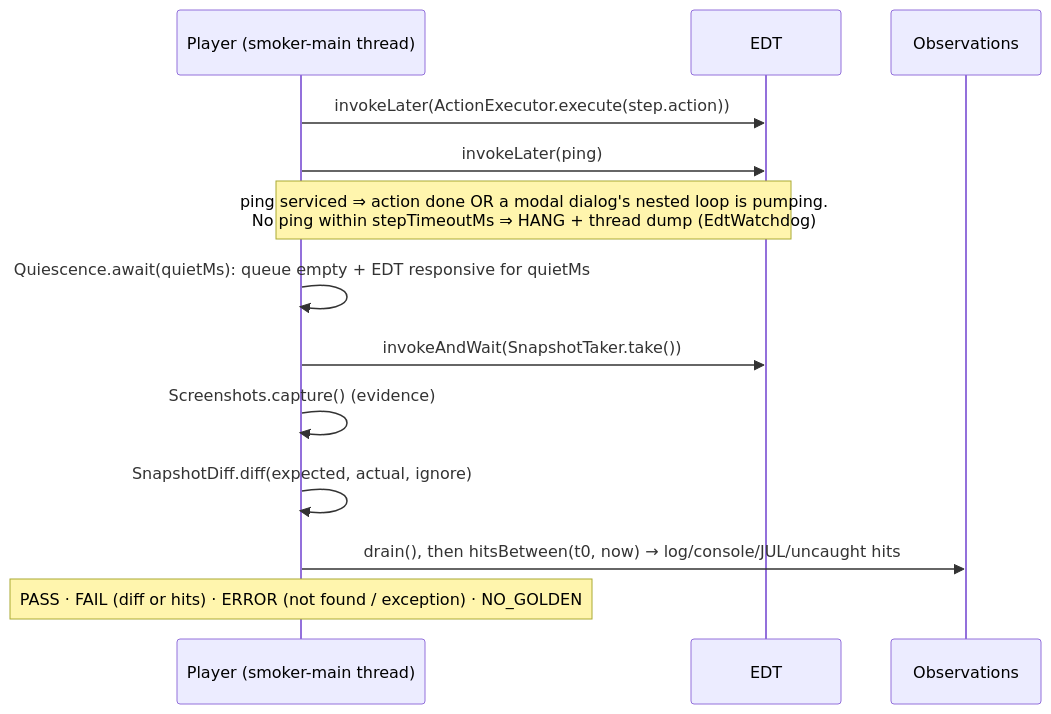
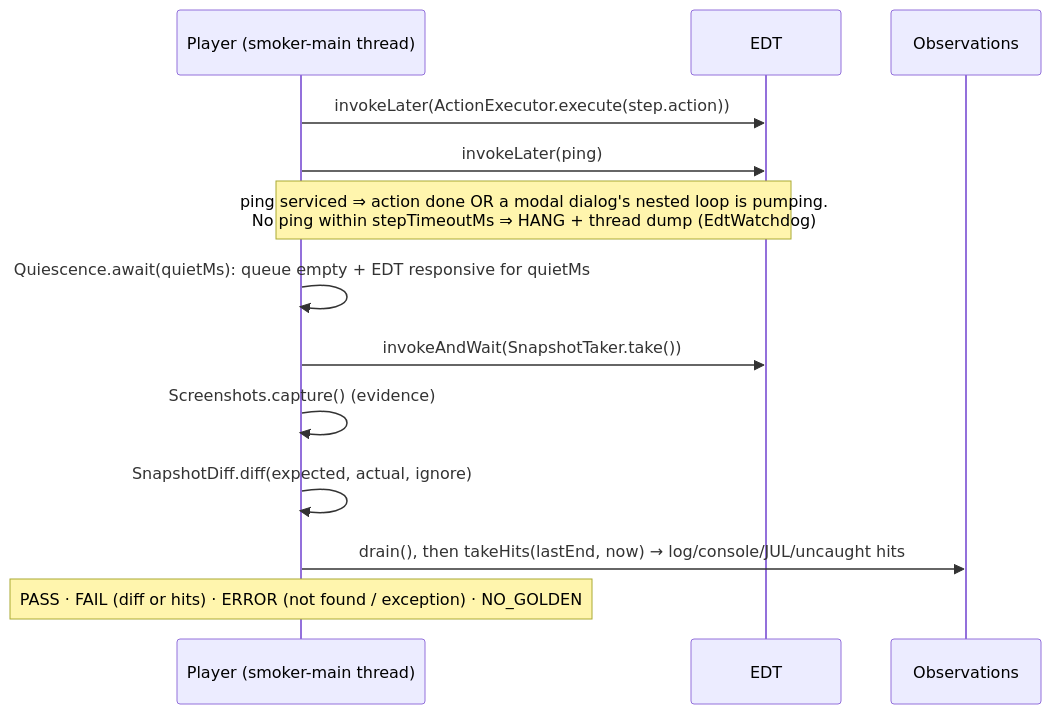
Before and after one commit to taetrus/s.smoker: the second of 2 diagrams in docs/architecture.md, drawn with Mermaid. The commit also changed other lines of this file and 13 other files, not shown here.

````diff
--- a/docs/architecture.md
+++ b/docs/architecture.md
@@ -64,15 +64,15 @@
 ```mermaid
 sequenceDiagram
   participant P as Player (smoker-main thread)
   participant E as EDT
   participant O as Observations
   P->>E: invokeLater(ActionExecutor.execute(step.action))
   P->>E: invokeLater(ping)
   Note over P,E: ping serviced ⇒ action done OR a modal dialog's nested loop is pumping.<br/>No ping within stepTimeoutMs ⇒ HANG + thread dump (EdtWatchdog)
   P->>P: Quiescence.await(quietMs): queue empty + EDT responsive for quietMs
   P->>E: invokeAndWait(SnapshotTaker.take())
   P->>P: Screenshots.capture() (evidence)
   P->>P: SnapshotDiff.diff(expected, actual, ignore)
-  P->>O: drain(), then hitsBetween(t0, now) → log/console/JUL/uncaught hits
+  P->>O: drain(), then takeHits(lastEnd, now) → log/console/JUL/uncaught hits
   Note over P: PASS · FAIL (diff or hits) · ERROR (not found / exception) · NO_GOLDEN
 ```
````
